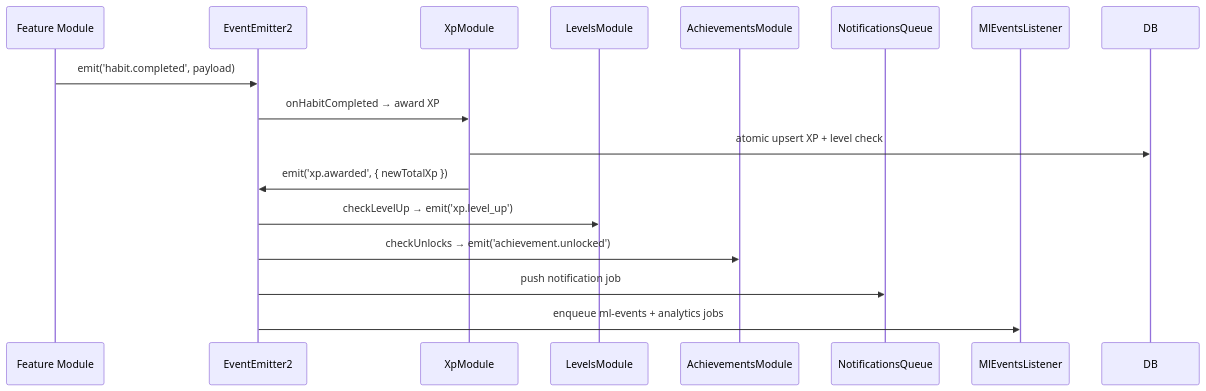
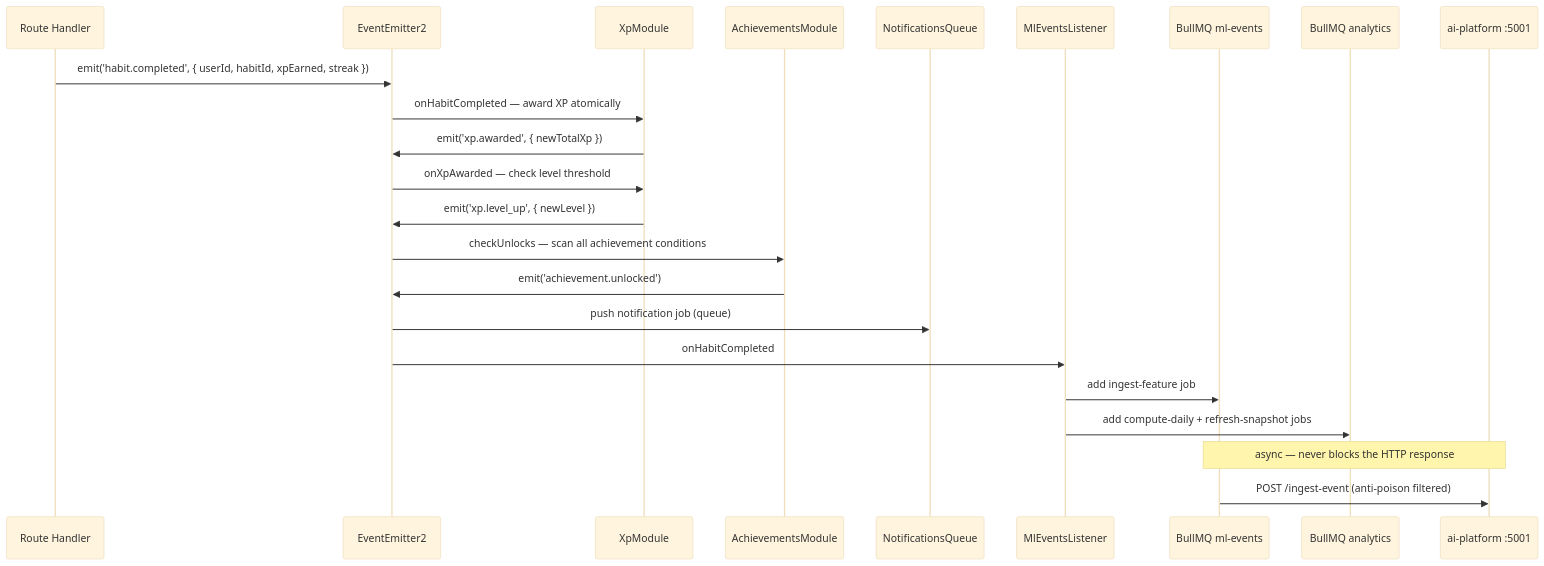
One commit to EddyKilonzo/Ascend changed the third of 5 diagrams in backend/README.md. Above: the diagram before and after it, drawn with Mermaid. The commit also changed other lines of this file and 1 other file, not shown here.

Commit message:
[added]: system structure diagrams

````diff
--- a/backend/README.md
+++ b/backend/README.md
@@ -85,19 +120,27 @@
 ```mermaid
+%%{init: {'theme': 'base', 'themeVariables': {'fontSize': '14px'}}}%%
 sequenceDiagram
-    participant M as Feature Module
-    participant EE as EventEmitter2
-    participant XP as XpModule
-    participant LV as LevelsModule
-    participant AC as AchievementsModule
-    participant NQ as NotificationsQueue
-    participant ML as MlEventsListener
+    participant Handler  as Route Handler
+    participant EE       as EventEmitter2
+    participant XP       as XpModule
+    participant Ach      as AchievementsModule
+    participant Notif    as NotificationsQueue
+    participant Listener as MlEventsListener
+    participant MLQueue  as BullMQ ml-events
+    participant AnalQ    as BullMQ analytics
+    participant MLSvc    as ai-platform :5001
 
-    M->>EE: emit('habit.completed', payload)
-    EE->>XP: onHabitCompleted → award XP
-    XP->>DB: atomic upsert XP + level check
+    Handler->>EE: emit('habit.completed', { userId, habitId, xpEarned, streak })
+    EE->>XP: onHabitCompleted — award XP atomically
     XP->>EE: emit('xp.awarded', { newTotalXp })
-    EE->>LV: checkLevelUp → emit('xp.level_up')
-    EE->>AC: checkUnlocks → emit('achievement.unlocked')
-    EE->>NQ: push notification job
-    EE->>ML: enqueue ml-events + analytics jobs
+    EE->>XP: onXpAwarded — check level threshold
+    XP->>EE: emit('xp.level_up', { newLevel })
+    EE->>Ach: checkUnlocks — scan all achievement conditions
+    Ach->>EE: emit('achievement.unlocked')
+    EE->>Notif: push notification job (queue)
+    EE->>Listener: onHabitCompleted
+    Listener->>MLQueue: add ingest-feature job
+    Listener->>AnalQ: add compute-daily + refresh-snapshot jobs
+    Note over MLQueue,MLSvc: async — never blocks the HTTP response
+    MLQueue->>MLSvc: POST /ingest-event (anti-poison filtered)
 ```
````
